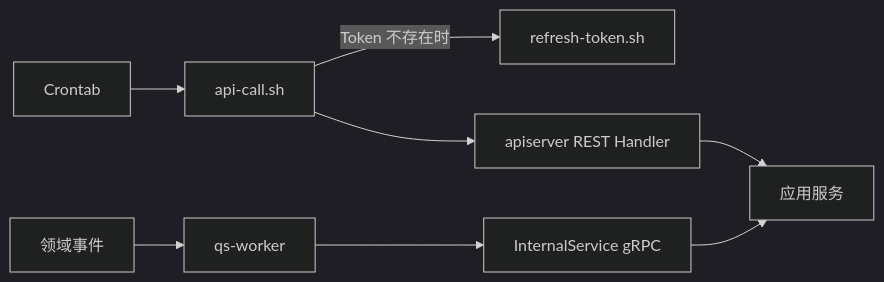
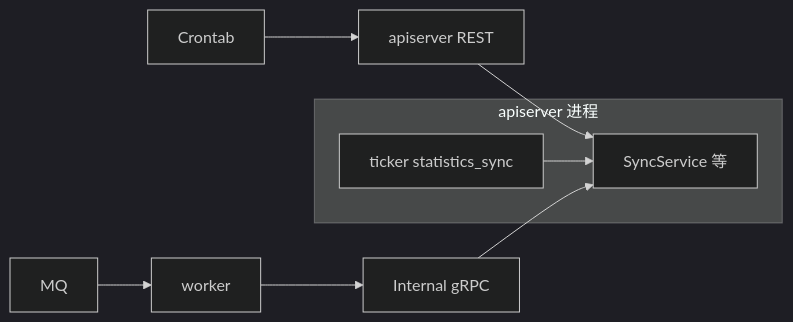
Before and after one commit to FangcunMount/qs-server: the diagram in docs/04-接口与运维/04-调度与后台任务.md, drawn with Mermaid (dark theme). The commit also changed other lines of this file and 34 other files, not shown here.

````diff
--- a/docs/04-接口与运维/04-调度与后台任务.md
+++ b/docs/04-接口与运维/04-调度与后台任务.md
@@ -27,21 +33,19 @@
 ```mermaid
 flowchart LR
     Cron[Crontab]
-    Refresh[refresh-token.sh]
-    Call[api-call.sh]
-    REST[apiserver REST Handler]
-    Service[应用服务]
+    API[apiserver REST]
 
-    Event[领域事件]
-    Worker[qs-worker]
-    Internal[InternalService gRPC]
+    subgraph AP[apiserver 进程]
+        T[ticker statistics_sync]
+        S[SyncService 等]
+    end
 
-    Cron --> Call
-    Call -->|Token 不存在时| Refresh
-    Call --> REST
-    REST --> Service
+    MQ[MQ]
+    W[worker]
+    IN[Internal gRPC]
 
-    Event --> Worker
-    Worker --> Internal
-    Internal --> Service
+    Cron --> API --> S
+    T --> S
+
+    MQ --> W --> IN --> S
 ```
````
